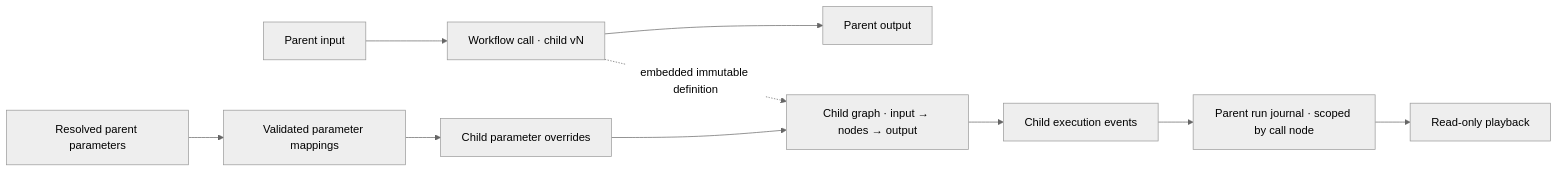
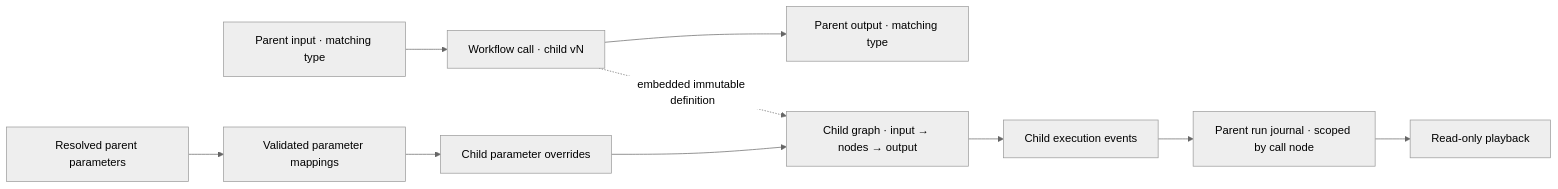
One commit to gnalvesteffer/visual-agent-workflow changed the diagram in docs/nested-workflows.md. Above: the diagram before and after it, drawn with Mermaid (neutral theme). The commit also changed other lines of this file and 9 other files, not shown here.

````diff
--- a/docs/nested-workflows.md
+++ b/docs/nested-workflows.md
@@ -13,11 +13,11 @@
 ```mermaid
 flowchart LR
-    ParentInput["Parent input"] --> Call["Workflow call · child vN"]
-    Call --> ParentOutput["Parent output"]
+    ParentInput["Parent input · matching type"] --> Call["Workflow call · child vN"]
+    Call --> ParentOutput["Parent output · matching type"]
     ParentValues["Resolved parent parameters"] --> Mapping["Validated parameter mappings"] --> ChildValues["Child parameter overrides"]
     Call -. "embedded immutable definition" .-> Child["Child graph · input → nodes → output"]
     ChildValues --> Child
     Child --> Events["Child execution events"]
     Events --> Audit["Parent run journal · scoped by call node"]
     Audit --> Replay["Read-only playback"]
 ```
````
